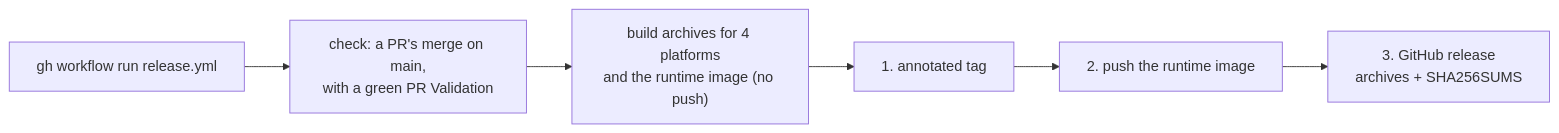
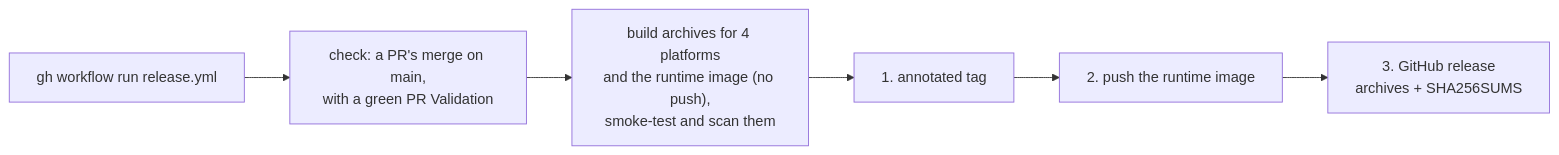
The diagram in docs/development/ci-and-releases.md (eunmann/mro2nf), drawn with Mermaid before and after one commit. The commit also changed other lines of this file and 11 other files, not shown here.

First line of the commit message:
ci: cross-compile release platforms, docs tests on every PR, nightly scans, release smoke tests (#638)

````diff
--- a/docs/development/ci-and-releases.md
+++ b/docs/development/ci-and-releases.md
@@ -25,8 +30,8 @@
 ```mermaid
 flowchart LR
     dispatch["gh workflow run release.yml"] --> check["check: a PR's merge on main,<br/>with a green PR Validation"]
-    check --> build["build archives for 4 platforms<br/>and the runtime image (no push)"]
+    check --> build["build archives for 4 platforms<br/>and the runtime image (no push),<br/>smoke-test and scan them"]
     build --> tag["1. annotated tag"]
     tag --> image["2. push the runtime image"]
     image --> rel["3. GitHub release<br/>archives + SHA256SUMS"]
 ```
````
